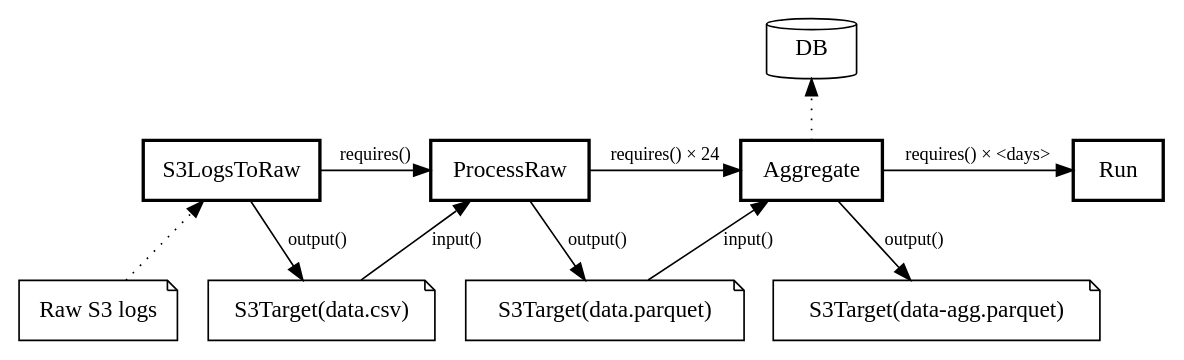
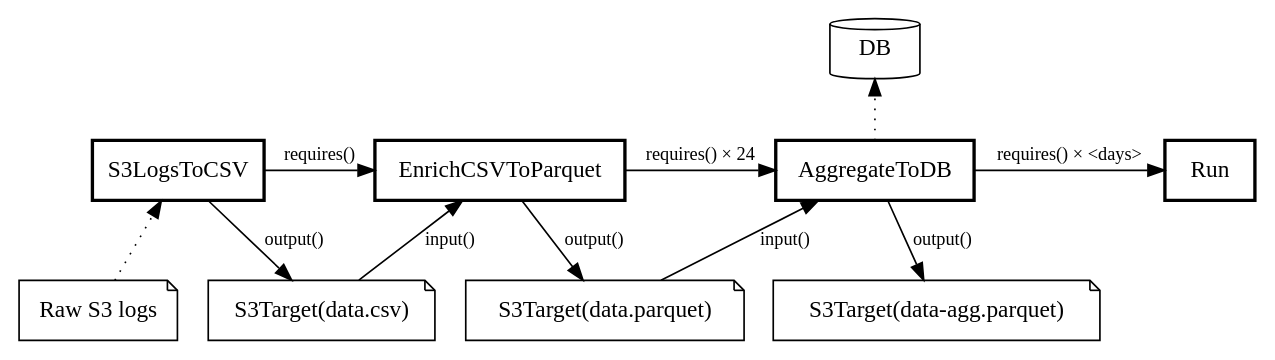
One commit to oslokommune/dataplatform-batch-jobs changed the diagram in doc/s3_access_log_aggregator.dot. Above: the diagram before and after it, drawn with Graphviz. The commit also changed 1 other file, not shown here.

Commit message:
Synchronize diagram with the new task names

```diff
--- a/doc/s3_access_log_aggregator.dot
+++ b/doc/s3_access_log_aggregator.dot
@@ -1,75 +1,75 @@
 digraph G {
   node [ fontname = "Cantarell" ];
   edge [ fontname = "Cantarell"; fontsize = 11 ];
 
-  S3LogsToRaw [
-    label = "S3LogsToRaw";
+  S3LogsToCSV [
+    label = "S3LogsToCSV";
     style = bold;
     shape = rect;
   ];
-  S3LogsToRaw_in [
+  S3LogsToCSV_in [
     label = "Raw S3 logs";
     shape = note;
   ];
-  S3LogsToRaw_out [
+  S3LogsToCSV_out [
     label = "S3Target(data.csv)";
     shape = note;
   ];
 
-  ProcessRaw [
-    label = "ProcessRaw";
+  EnrichCSVToParquet [
+    label = "EnrichCSVToParquet";
     style = bold;
     shape = rect;
   ];
-  ProcessRaw_out [
+  EnrichCSVToParquet_out [
     label = "S3Target(data.parquet)";
     shape = note;
   ];
 
-  Aggregate [
-    label = "Aggregate";
+  AggregateToDB [
+    label = "AggregateToDB";
     style = bold;
     shape = rect;
   ];
-  Aggregate_out_1 [
+  AggregateToDB_out_1 [
     label = "S3Target(data-agg.parquet)";
     shape = note;
   ];
-  Aggregate_out_2 [
+  AggregateToDB_out_2 [
     label = "DB";
     shape = cylinder;
   ];
 
   Run [
     label = "Run";
     style = bold;
     shape = rect;
   ];
 
-  S3LogsToRaw_in -> S3LogsToRaw [ style=dotted ];
-  S3LogsToRaw -> S3LogsToRaw_out [ label = "output()" ];
+  S3LogsToCSV_in -> S3LogsToCSV [ style=dotted ];
+  S3LogsToCSV -> S3LogsToCSV_out [ label = "output()" ];
 
-  S3LogsToRaw -> ProcessRaw [ label = "requires()" ];
-  S3LogsToRaw_out -> ProcessRaw [ label = "input()" ];
-  ProcessRaw -> ProcessRaw_out [ label = "output()" ];
+  S3LogsToCSV -> EnrichCSVToParquet [ label = "requires()" ];
+  S3LogsToCSV_out -> EnrichCSVToParquet [ label = "input()" ];
+  EnrichCSVToParquet -> EnrichCSVToParquet_out [ label = "output()" ];
 
-  ProcessRaw -> Aggregate [ label = "requires() × 24" ];
-  ProcessRaw_out -> Aggregate [ label = "input()" ];
-  Aggregate -> Aggregate_out_1 [ label = "output()" ];
-  Aggregate -> Aggregate_out_2 [ style=dotted ];
+  EnrichCSVToParquet -> AggregateToDB [ label = "requires() × 24" ];
+  EnrichCSVToParquet_out -> AggregateToDB [ label = "input()" ];
+  AggregateToDB -> AggregateToDB_out_1 [ label = "output()" ];
+  AggregateToDB -> AggregateToDB_out_2 [ style=dotted ];
 
-  Aggregate -> Run [ label = "requires() × <days>"];
+  AggregateToDB -> Run [ label = "requires() × <days>"];
 
   {
     rank=min;
-    Aggregate_out_2;
+    AggregateToDB_out_2;
   }
   {
     rank=same;
-    S3LogsToRaw; ProcessRaw; Aggregate; Run;
+    S3LogsToCSV; EnrichCSVToParquet; AggregateToDB; Run;
   }
   {
     rank=same;
-    S3LogsToRaw_in; S3LogsToRaw_out; ProcessRaw_out; Aggregate_out_1;
+    S3LogsToCSV_in; S3LogsToCSV_out; EnrichCSVToParquet_out; AggregateToDB_out_1;
   }
 }
```
